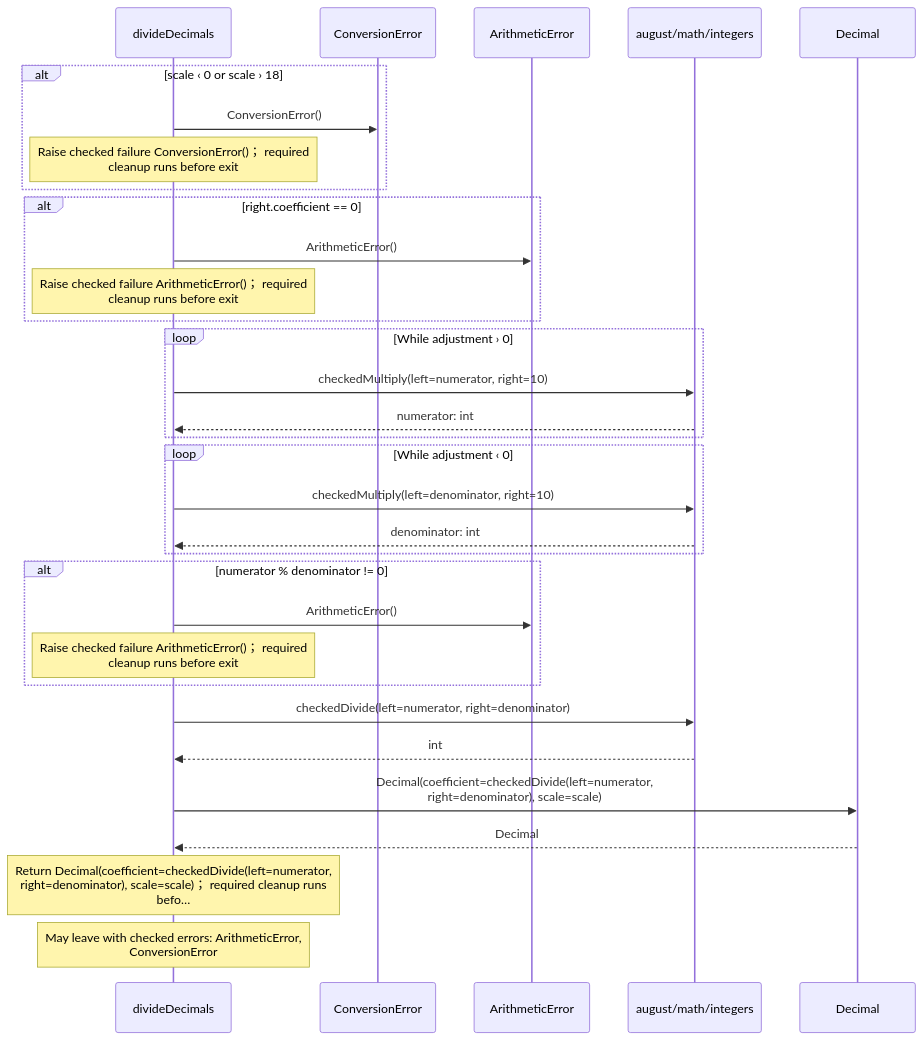
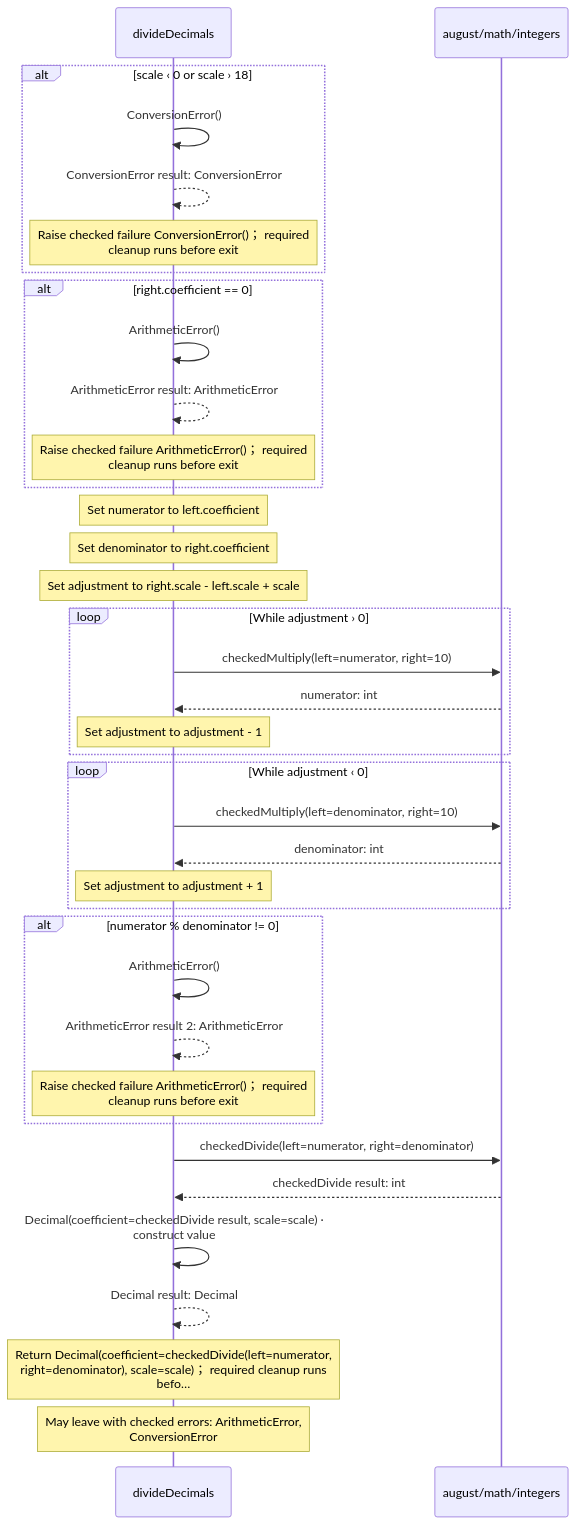
The ninth of 10 diagrams in src/stdlib/math/decimals.aug.diagrams.md (GreenPandaStudios/augscript), drawn with Mermaid before and after one commit. The commit also changed other lines of this file and 304 other files, not shown here.

Commit message:
Make generated data-flow sequences concise and review every diagram

````diff
--- a/src/stdlib/math/decimals.aug.diagrams.md
+++ b/src/stdlib/math/decimals.aug.diagrams.md
@@ -257,34 +260,39 @@
 ```mermaid
 sequenceDiagram
     participant p0 as divideDecimals
-    participant p1 as ConversionError
-    participant p2 as ArithmeticError
-    participant p3 as august/math/integers
-    participant p4 as Decimal
+    participant p1 as august/math/integers
     alt scale ‹ 0 or scale › 18
-    p0->>p1: ConversionError()
+    p0->>p0: ConversionError()
+    p0-->>p0: ConversionError result: ConversionError
     Note over p0: Raise checked failure ConversionError()； required<br/>cleanup runs before exit
     end
     alt right.coefficient == 0
-    p0->>p2: ArithmeticError()
+    p0->>p0: ArithmeticError()
+    p0-->>p0: ArithmeticError result: ArithmeticError
     Note over p0: Raise checked failure ArithmeticError()； required<br/>cleanup runs before exit
     end
+    Note over p0: Set numerator to left.coefficient
+    Note over p0: Set denominator to right.coefficient
+    Note over p0: Set adjustment to right.scale - left.scale + scale
     loop While adjustment › 0
-    p0->>p3: checkedMultiply(left=numerator, right=10)
-    p3-->>p0: numerator: int
+    p0->>p1: checkedMultiply(left=numerator, right=10)
+    p1-->>p0: numerator: int
+    Note over p0: Set adjustment to adjustment - 1
     end
     loop While adjustment ‹ 0
-    p0->>p3: checkedMultiply(left=denominator, right=10)
-    p3-->>p0: denominator: int
+    p0->>p1: checkedMultiply(left=denominator, right=10)
+    p1-->>p0: denominator: int
+    Note over p0: Set adjustment to adjustment + 1
     end
     alt numerator % denominator != 0
-    p0->>p2: ArithmeticError()
+    p0->>p0: ArithmeticError()
+    p0-->>p0: ArithmeticError result 2: ArithmeticError
     Note over p0: Raise checked failure ArithmeticError()； required<br/>cleanup runs before exit
     end
-    p0->>p3: checkedDivide(left=numerator, right=denominator)
-    p3-->>p0: int
-    p0->>p4: Decimal(coefficient=checkedDivide(left=numerator,<br/>right=denominator), scale=scale)
-    p4-->>p0: Decimal
+    p0->>p1: checkedDivide(left=numerator, right=denominator)
+    p1-->>p0: checkedDivide result: int
+    p0->>p0: Decimal(coefficient=checkedDivide result, scale=scale) ·<br/>construct value
+    p0-->>p0: Decimal result: Decimal
     Note over p0: Return Decimal(coefficient=checkedDivide(left=numerator,<br/>right=denominator), scale=scale)； required cleanup runs<br/>befo…
     Note over p0: May leave with checked errors: ArithmeticError,<br/>ConversionError
 ```
````
